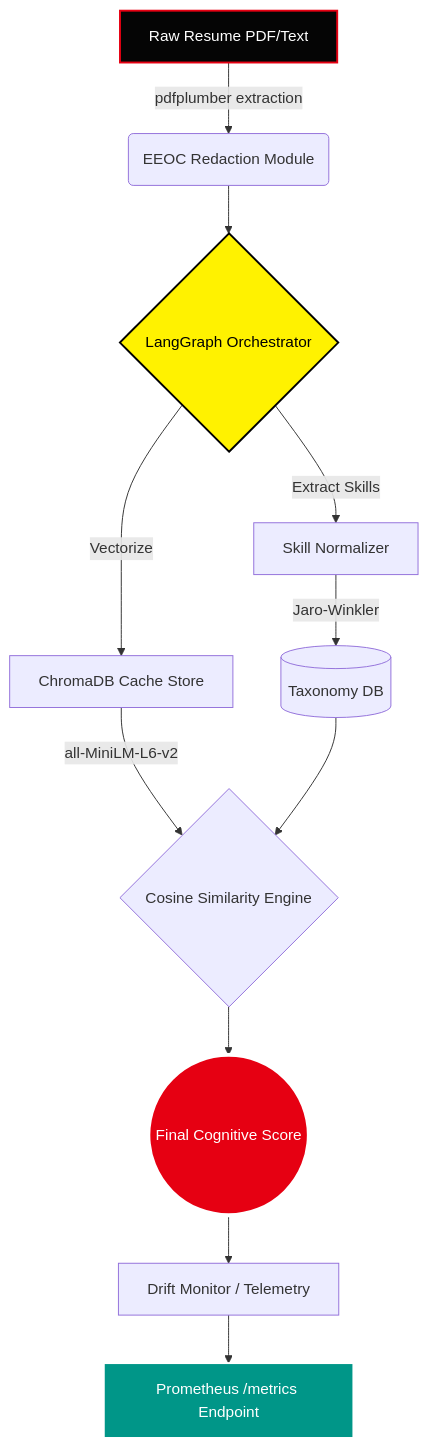
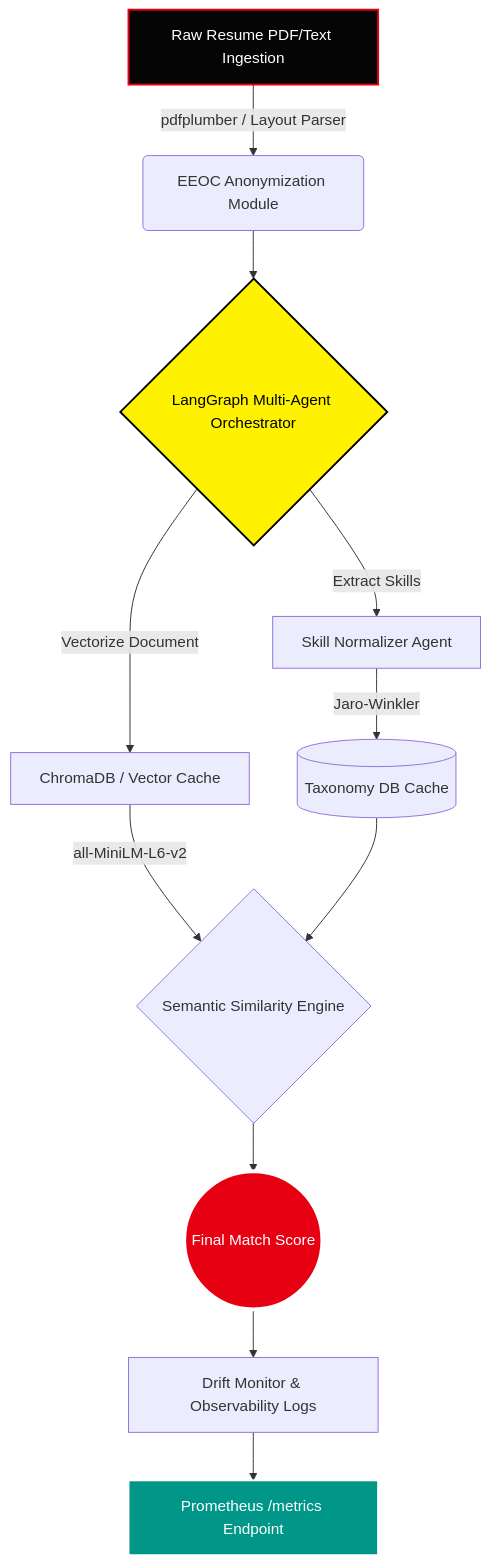
One commit to naman-fr/PSI_resume_analyser changed the diagram in README.md. Above: the diagram before and after it, drawn with Mermaid. The commit also changed other lines of this file and 2 other files, not shown here.

Commit message:
docs: upgrade architecture README and activate local simulation mode in CLI

````diff
--- a/README.md
+++ b/README.md
@@ -151,22 +43,22 @@
 ```mermaid
 graph TD
-    A[Raw Resume PDF/Text] -->|pdfplumber extraction| B(EEOC Redaction Module)
-    B --> C{LangGraph Orchestrator}
+    A[Raw Resume PDF/Text Ingestion] -->|pdfplumber / Layout Parser| B(EEOC Anonymization Module)
+    B --> C{LangGraph Multi-Agent Orchestrator}
     
-    C -->|Extract Skills| D[Skill Normalizer]
-    D -->|Jaro-Winkler| E[(Taxonomy DB)]
+    C -->|Extract Skills| D[Skill Normalizer Agent]
+    D -->|Jaro-Winkler| E[(Taxonomy DB Cache)]
     
-    C -->|Vectorize| F[ChromaDB Cache Store]
-    F -->|all-MiniLM-L6-v2| G{Cosine Similarity Engine}
+    C -->|Vectorize Document| F[ChromaDB / Vector Cache]
+    F -->|all-MiniLM-L6-v2| G{Semantic Similarity Engine}
     
     E --> G
-    G --> H((Final Cognitive Score))
+    G --> H((Final Match Score))
     
-    H --> I[Drift Monitor / Telemetry]
+    H --> I[Drift Monitor & Observability Logs]
     I --> J[Prometheus /metrics Endpoint]
     
     style A fill:#050505,stroke:#E60012,stroke-width:2px,color:#fff
     style H fill:#E60012,stroke:#fff,stroke-width:4px,color:#fff
     style C fill:#FFF200,stroke:#000,stroke-width:2px,color:#000
     style J fill:#009688,stroke:#fff,stroke-width:2px,color:#fff
 ```
````
